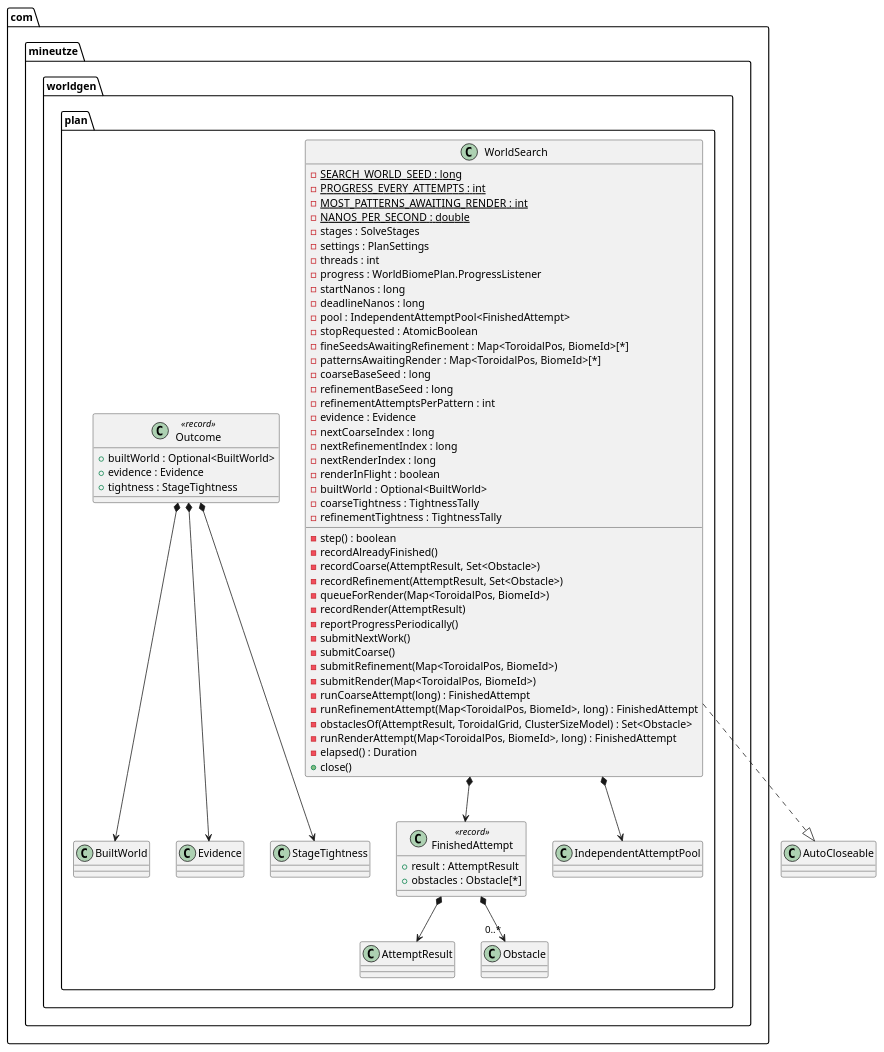
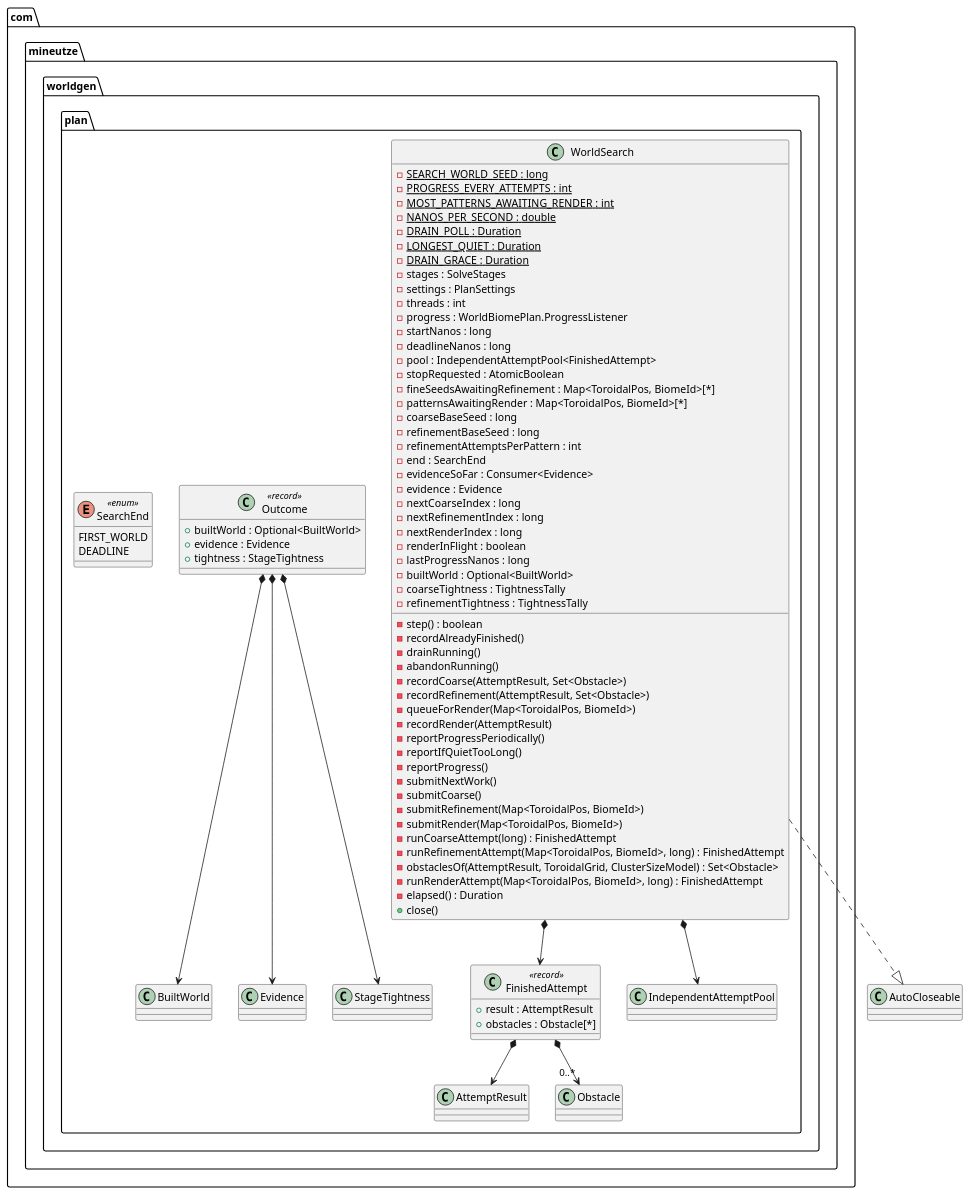
Before and after one commit to Boulede987/Mine-Utz: the diagram in companion-mods/mineutze-worldgen/doc/Modelisation/Fragments/com/mineutze/worldgen/plan/WorldSearch.puml, drawn with PlantUML. The commit also changed 45 other files, not shown here.

Commit message:
docs(worldgen): regenerate class diagrams for the Reliability run

```diff
--- a/companion-mods/mineutze-worldgen/doc/Modelisation/Fragments/com/mineutze/worldgen/plan/WorldSearch.puml
+++ b/companion-mods/mineutze-worldgen/doc/Modelisation/Fragments/com/mineutze/worldgen/plan/WorldSearch.puml
@@ -1,64 +1,78 @@
 namespace com.mineutze.worldgen.plan {
 class WorldSearch {
   - {static} SEARCH_WORLD_SEED : long
   - {static} PROGRESS_EVERY_ATTEMPTS : int
   - {static} MOST_PATTERNS_AWAITING_RENDER : int
   - {static} NANOS_PER_SECOND : double
+  - {static} DRAIN_POLL : Duration
+  - {static} LONGEST_QUIET : Duration
+  - {static} DRAIN_GRACE : Duration
   - stages : SolveStages
   - settings : PlanSettings
   - threads : int
   - progress : WorldBiomePlan.ProgressListener
   - startNanos : long
   - deadlineNanos : long
   - pool : IndependentAttemptPool<FinishedAttempt>
   - stopRequested : AtomicBoolean
   - fineSeedsAwaitingRefinement : Map<ToroidalPos, BiomeId>[*]
   - patternsAwaitingRender : Map<ToroidalPos, BiomeId>[*]
   - coarseBaseSeed : long
   - refinementBaseSeed : long
   - refinementAttemptsPerPattern : int
+  - end : SearchEnd
+  - evidenceSoFar : Consumer<Evidence>
   - evidence : Evidence
   - nextCoarseIndex : long
   - nextRefinementIndex : long
   - nextRenderIndex : long
   - renderInFlight : boolean
+  - lastProgressNanos : long
   - builtWorld : Optional<BuiltWorld>
   - coarseTightness : TightnessTally
   - refinementTightness : TightnessTally
   - step() : boolean
   - recordAlreadyFinished()
+  - drainRunning()
+  - abandonRunning()
   - recordCoarse(AttemptResult, Set<Obstacle>)
   - recordRefinement(AttemptResult, Set<Obstacle>)
   - queueForRender(Map<ToroidalPos, BiomeId>)
   - recordRender(AttemptResult)
   - reportProgressPeriodically()
+  - reportIfQuietTooLong()
+  - reportProgress()
   - submitNextWork()
   - submitCoarse()
   - submitRefinement(Map<ToroidalPos, BiomeId>)
   - submitRender(Map<ToroidalPos, BiomeId>)
   - runCoarseAttempt(long) : FinishedAttempt
   - runRefinementAttempt(Map<ToroidalPos, BiomeId>, long) : FinishedAttempt
   - obstaclesOf(AttemptResult, ToroidalGrid, ClusterSizeModel) : Set<Obstacle>
   - runRenderAttempt(Map<ToroidalPos, BiomeId>, long) : FinishedAttempt
   - elapsed() : Duration
   + close()
 }
 class Outcome <<record>> {
   + builtWorld : Optional<BuiltWorld>
   + evidence : Evidence
   + tightness : StageTightness
 }
+enum SearchEnd <<enum>> {
+  FIRST_WORLD
+  DEADLINE
+}
 class FinishedAttempt <<record>> {
   + result : AttemptResult
   + obstacles : Obstacle[*]
 }
 }
 
 com.mineutze.worldgen.plan.WorldSearch ..|> AutoCloseable
 com.mineutze.worldgen.plan.WorldSearch *--> com.mineutze.worldgen.plan.FinishedAttempt
 com.mineutze.worldgen.plan.WorldSearch *--> com.mineutze.worldgen.plan.IndependentAttemptPool
 com.mineutze.worldgen.plan.Outcome *--> com.mineutze.worldgen.plan.BuiltWorld
 com.mineutze.worldgen.plan.Outcome *--> com.mineutze.worldgen.plan.Evidence
 com.mineutze.worldgen.plan.Outcome *--> com.mineutze.worldgen.plan.StageTightness
 com.mineutze.worldgen.plan.FinishedAttempt *--> com.mineutze.worldgen.plan.AttemptResult
 com.mineutze.worldgen.plan.FinishedAttempt *--> "0..*" com.mineutze.worldgen.plan.Obstacle
```
